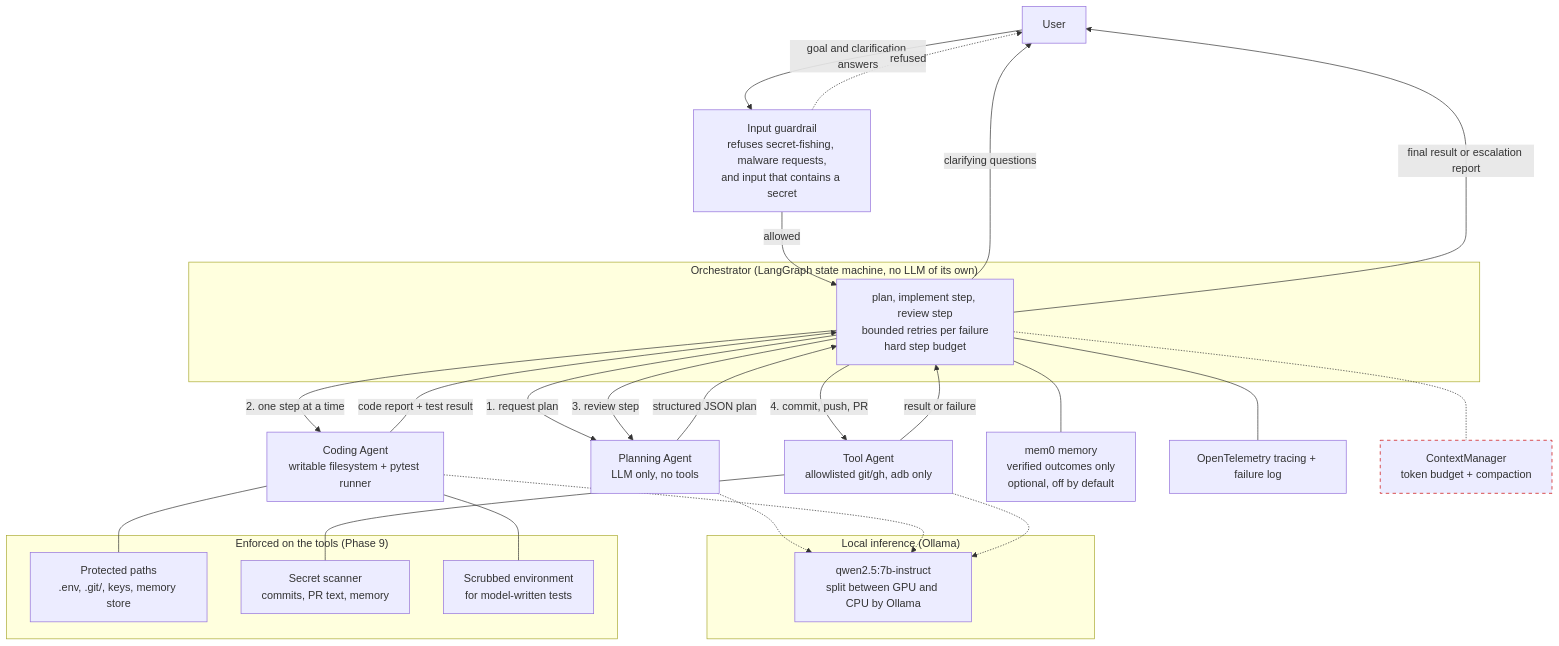
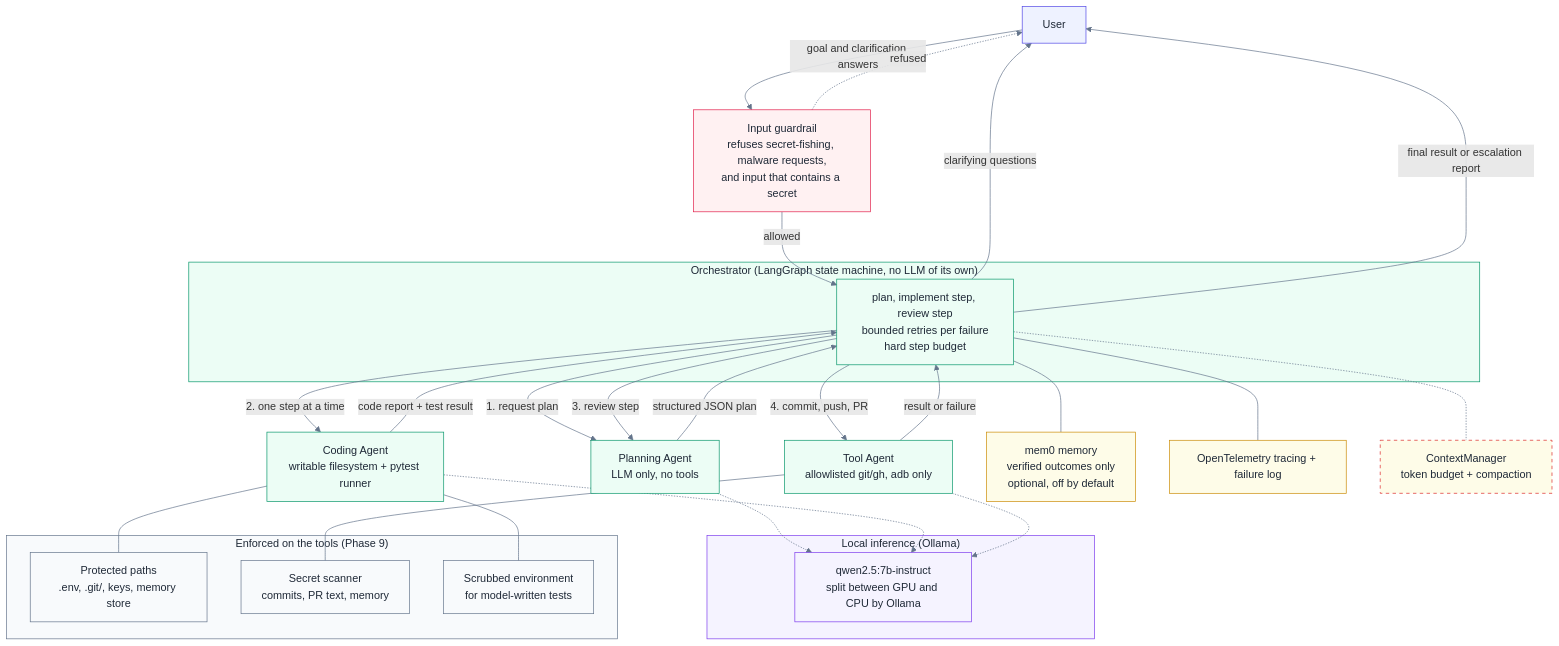
Before and after one commit to SumukhaK/claude-multiagent: the diagram in README.md, drawn with Mermaid.

Commit message:
docs(readme): add minimal colour to the architecture diagram
The mermaid diagram had no fill/text colours, so GitHub's dark-mode
renderer showed it as unreadable black-on-black boxes. Adds a small,
consistent palette (one colour per component group: entry, guardrail,
agents, local LLM, tool boundaries, support services, unwired) with
explicit fill/stroke/text colours so it renders legibly in both GitHub's
light and dark themes. Verified by rendering the extracted diagram with
mermaid.js against both background colours and inspecting computed node
and edge-label styles.

````diff
--- a/README.md
+++ b/README.md
@@ -17,48 +17,63 @@
 ```mermaid
+%%{init: {"themeVariables": {"lineColor": "#64748b"}}}%%
 flowchart TB
     U[User]
     GIN["Input guardrail<br/>refuses secret-fishing, malware requests,<br/>and input that contains a secret"]
     U -->|goal and clarification answers| GIN
     GIN -.->|refused| U
 
     subgraph Orchestrator["Orchestrator (LangGraph state machine, no LLM of its own)"]
         O["plan, implement step, review step<br/>bounded retries per failure<br/>hard step budget"]
     end
     GIN -->|allowed| O
     O -->|clarifying questions| U
     O -->|final result or escalation report| U
 
     O -->|"1. request plan"| P["Planning Agent<br/>LLM only, no tools"]
     P -->|structured JSON plan| O
     O -->|"2. one step at a time"| C["Coding Agent<br/>writable filesystem + pytest runner"]
     C -->|code report + test result| O
     O -->|"3. review step"| P
     O -->|"4. commit, push, PR"| T["Tool Agent<br/>allowlisted git/gh, adb only"]
     T -->|result or failure| O
 
     subgraph LLMs["Local inference (Ollama)"]
         OL["qwen2.5:7b-instruct<br/>split between GPU and CPU by Ollama"]
     end
     P -.-> OL
     C -.-> OL
     T -.-> OL
 
     subgraph Boundaries["Enforced on the tools (Phase 9)"]
         PP["Protected paths<br/>.env, .git/, keys, memory store"]
         SS["Secret scanner<br/>commits, PR text, memory"]
         ENV["Scrubbed environment<br/>for model-written tests"]
     end
     C --- PP
     C --- ENV
     T --- SS
 
     MEM["mem0 memory<br/>verified outcomes only<br/>optional, off by default"]
     OTEL["OpenTelemetry tracing + failure log"]
     CTX["ContextManager<br/>token budget + compaction"]
     O --- MEM
     O --- OTEL
     O -.- CTX
 
-    classDef notwired stroke:#c00,stroke-dasharray: 5 5
+    classDef entry fill:#eef2ff,stroke:#4f46e5,stroke-width:1px,color:#1f2937
+    classDef guard fill:#fff1f2,stroke:#e11d48,stroke-width:1px,color:#1f2937
+    classDef agent fill:#ecfdf5,stroke:#059669,stroke-width:1px,color:#1f2937
+    classDef llm fill:#f5f3ff,stroke:#7c3aed,stroke-width:1px,color:#1f2937
+    classDef boundary fill:#f8fafc,stroke:#64748b,stroke-width:1px,color:#1f2937
+    classDef support fill:#fefce8,stroke:#ca8a04,stroke-width:1px,color:#1f2937
+    classDef notwired fill:#fefce8,stroke:#dc2626,stroke-width:1px,stroke-dasharray:5 5,color:#1f2937
+
+    class U entry
+    class GIN guard
+    class Orchestrator,O agent
+    class P,C,T agent
+    class LLMs,OL llm
+    class Boundaries,PP,SS,ENV boundary
+    class MEM,OTEL support
     class CTX notwired
 ```
````
